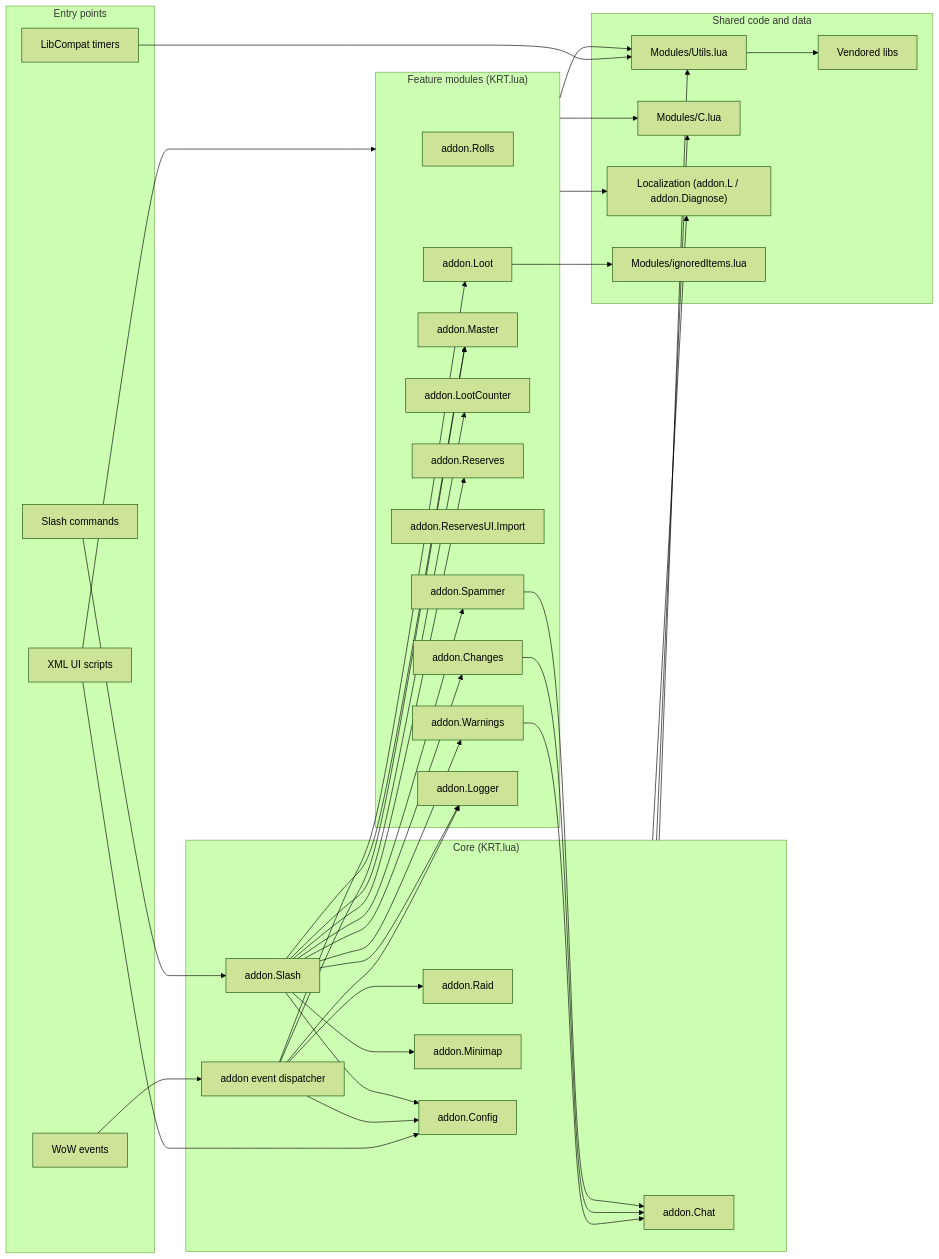
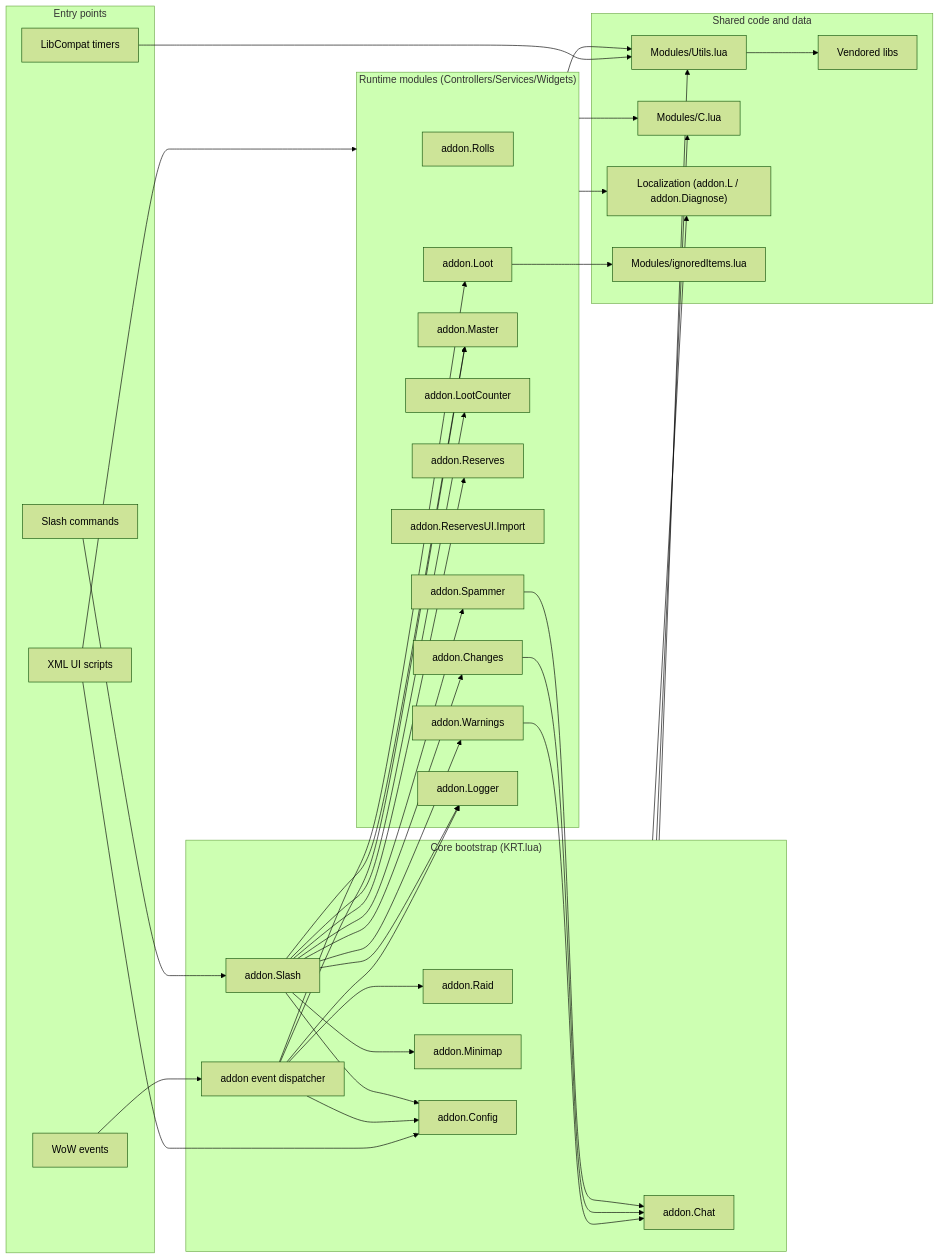
Before and after one commit to sk1zzovsmx/KRT-improved: the first of 2 diagrams in OVERVIEW.md, drawn with Mermaid (forest theme). The commit also changed other lines of this file and 6 other files, not shown here.

````diff
--- a/OVERVIEW.md
+++ b/OVERVIEW.md
@@ -56,74 +63,74 @@
 ```mermaid
 flowchart LR
   subgraph EP["Entry points"]
     WEV["WoW events"]
     XUI["XML UI scripts"]
     SLC["Slash commands"]
     TMR["LibCompat timers"]
   end
 
-  subgraph CORE["Core (KRT.lua)"]
+  subgraph CORE["Core bootstrap (KRT.lua)"]
     EVT["addon event dispatcher"]
     Slash["addon.Slash"]
     Raid["addon.Raid"]
     Chat["addon.Chat"]
     Minimap["addon.Minimap"]
     Config["addon.Config"]
   end
 
-  subgraph FEATURES["Feature modules (KRT.lua)"]
+  subgraph FEATURES["Runtime modules (Controllers/Services/Widgets)"]
     Rolls["addon.Rolls"]
     Loot["addon.Loot"]
     Master["addon.Master"]
     LootCounter["addon.LootCounter"]
     Reserves["addon.Reserves"]
     ReservesImportWidget["addon.ReservesUI.Import"]
     Warnings["addon.Warnings"]
     Changes["addon.Changes"]
     Spammer["addon.Spammer"]
     Logger["addon.Logger"]
   end
 
   subgraph SHARED["Shared code and data"]
     Utils["Modules/Utils.lua"]
     Cmod["Modules/C.lua"]
     L10n["Localization (addon.L / addon.Diagnose)"]
     Ignored["Modules/ignoredItems.lua"]
     Libs["Vendored libs"]
   end
 
   WEV --> EVT
   XUI --> FEATURES
   XUI --> Config
   SLC --> Slash
   TMR --> Utils
 
   EVT --> Raid
   EVT --> Loot
   EVT --> Master
   EVT --> Logger
   EVT --> Config
 
   Slash --> Master
   Slash --> Reserves
   Slash --> LootCounter
   Slash --> Warnings
   Slash --> Changes
   Slash --> Spammer
   Slash --> Logger
   Slash --> Config
   Slash --> Minimap
 
   Warnings --> Chat
   Changes --> Chat
   Spammer --> Chat
 
   FEATURES --> Utils
   FEATURES --> Cmod
   FEATURES --> L10n
   CORE --> Utils
   CORE --> Cmod
   CORE --> L10n
   Loot --> Ignored
   Utils --> Libs
 ```
````
